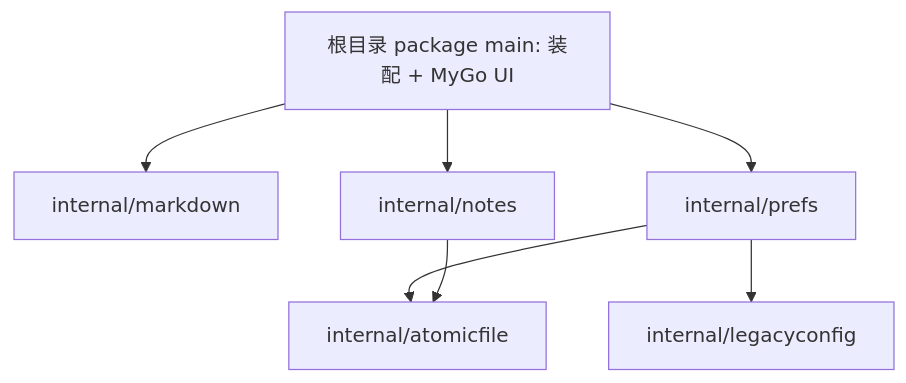
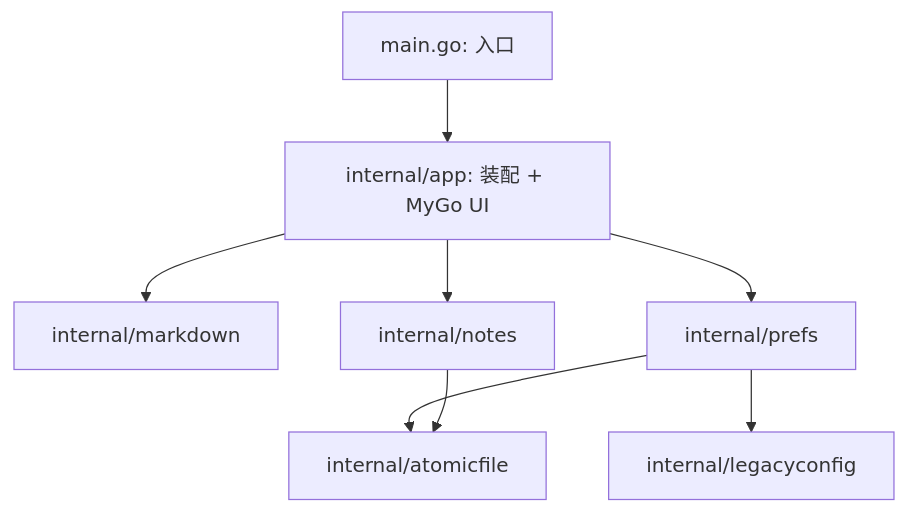
The diagram in docs/engineering-standard.md (blackbot7k-boop/Zakki), drawn with Mermaid before and after one commit. The commit also changed other lines of this file and 115 other files, not shown here.

Commit message:
refactor: UI 层平移 internal/app，根目录只留入口

````diff
--- a/docs/engineering-standard.md
+++ b/docs/engineering-standard.md
@@ -78,15 +76,17 @@
 ```mermaid
 flowchart TD
-    rootMain["根目录 package main: 装配 + MyGo UI"]
+    entry["main.go: 入口"]
+    appPkg["internal/app: 装配 + MyGo UI"]
     mdPkg["internal/markdown"]
     notesPkg["internal/notes"]
     prefsPkg["internal/prefs"]
     legacyPkg["internal/legacyconfig"]
     atomicPkg["internal/atomicfile"]
-    rootMain --> mdPkg
-    rootMain --> notesPkg
-    rootMain --> prefsPkg
+    entry --> appPkg
+    appPkg --> mdPkg
+    appPkg --> notesPkg
+    appPkg --> prefsPkg
     prefsPkg --> legacyPkg
     prefsPkg --> atomicPkg
     notesPkg --> atomicPkg
 ```
````
